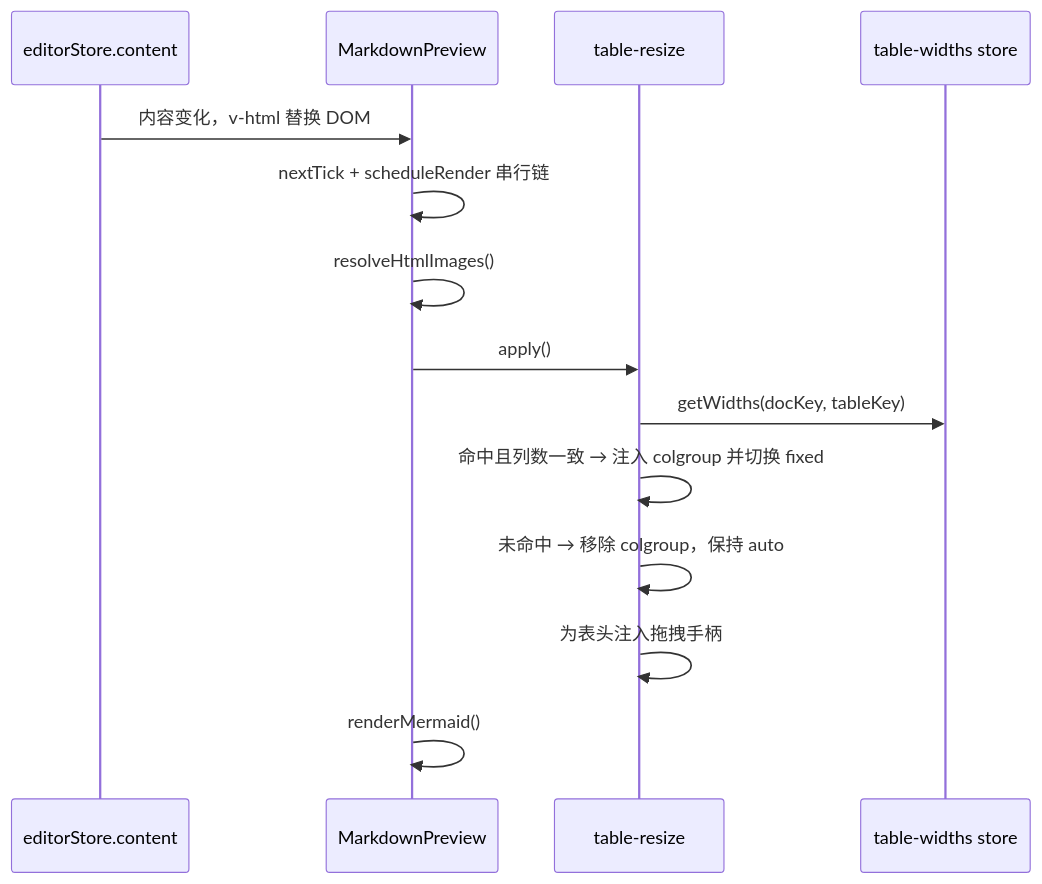
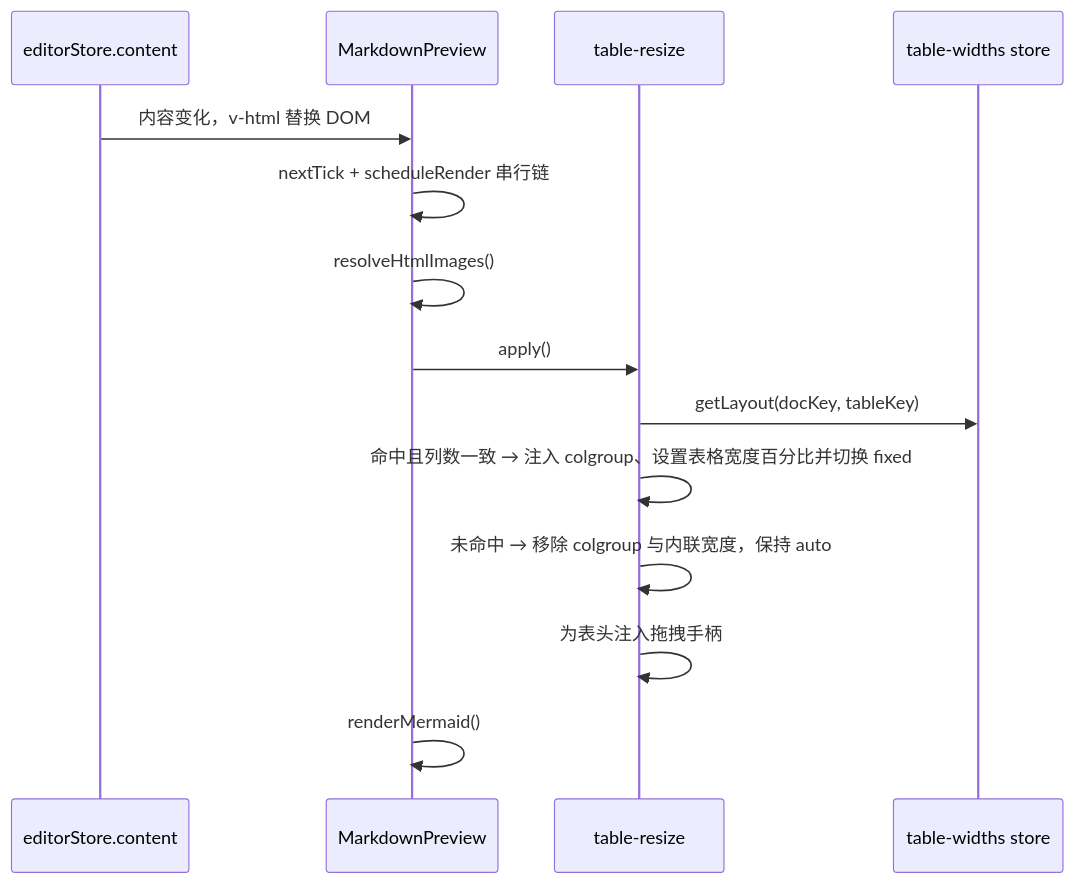
Before and after one commit to Harley-xk/mark-it: the fourth of 4 diagrams in docs/预览表格列宽调整.md, drawn with Mermaid. The commit also changed other lines of this file and 10 other files, not shown here.

````diff
--- a/docs/预览表格列宽调整.md
+++ b/docs/预览表格列宽调整.md
@@ -132,17 +139,17 @@
 ```mermaid
 sequenceDiagram
   participant E as editorStore.content
   participant P as MarkdownPreview
   participant T as table-resize
   participant W as table-widths store
 
   E->>P: 内容变化，v-html 替换 DOM
   P->>P: nextTick + scheduleRender 串行链
   P->>P: resolveHtmlImages()
   P->>T: apply()
-  T->>W: getWidths(docKey, tableKey)
-  T->>T: 命中且列数一致 → 注入 colgroup 并切换 fixed
-  T->>T: 未命中 → 移除 colgroup，保持 auto
+  T->>W: getLayout(docKey, tableKey)
+  T->>T: 命中且列数一致 → 注入 colgroup、设置表格宽度百分比并切换 fixed
+  T->>T: 未命中 → 移除 colgroup 与内联宽度，保持 auto
   T->>T: 为表头注入拖拽手柄
   P->>P: renderMermaid()
 ```
````
